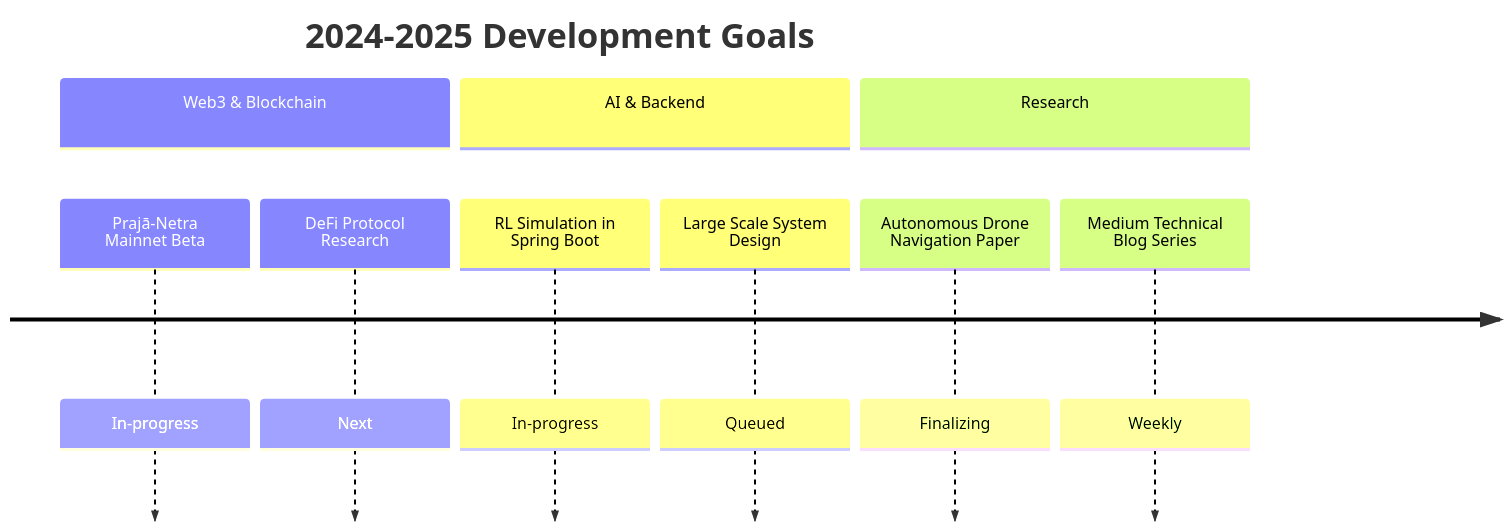
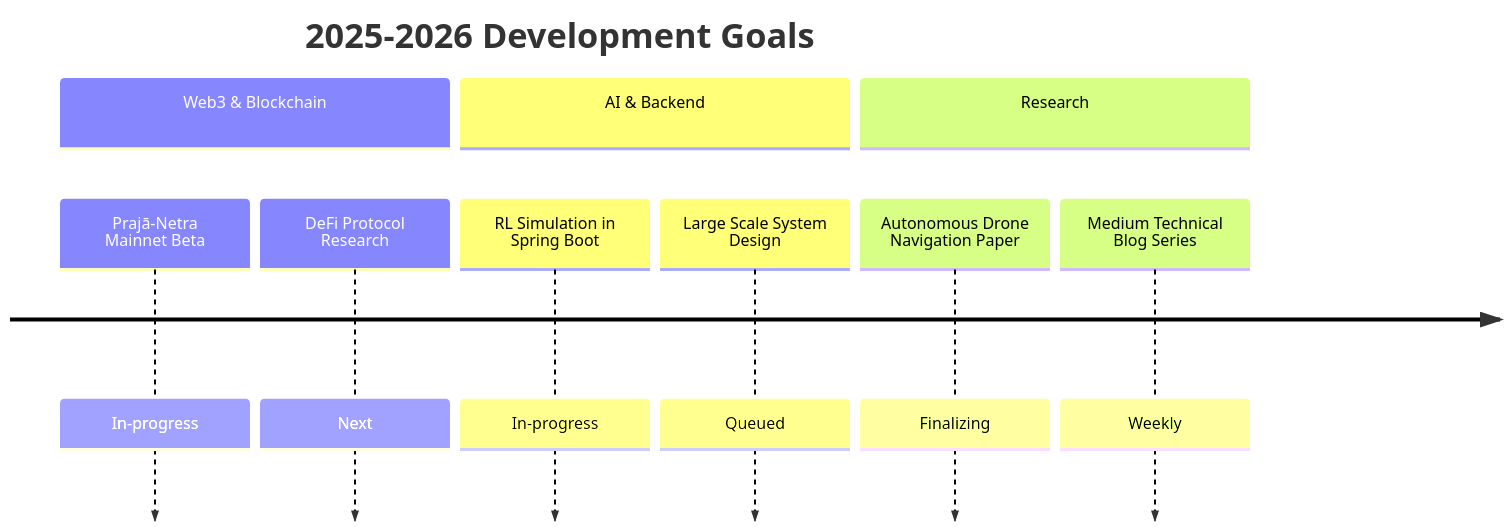
The diagram in README.md (Prajwalkadam29/Prajwalkadam29), drawn with Mermaid before and after one commit.

Commit message:
Update development goals timeline to 2025-2026

````diff
--- a/README.md
+++ b/README.md
@@ -79,13 +79,13 @@
 ```mermaid
 timeline
-    title 2024-2025 Development Goals
+    title 2025-2026 Development Goals
     section Web3 & Blockchain
         Prajā-Netra Mainnet Beta : In-progress
         DeFi Protocol Research : Next
     section AI & Backend
         RL Simulation in Spring Boot : In-progress
         Large Scale System Design : Queued
     section Research
         Autonomous Drone Navigation Paper : Finalizing
         Medium Technical Blog Series : Weekly
 ```
````
